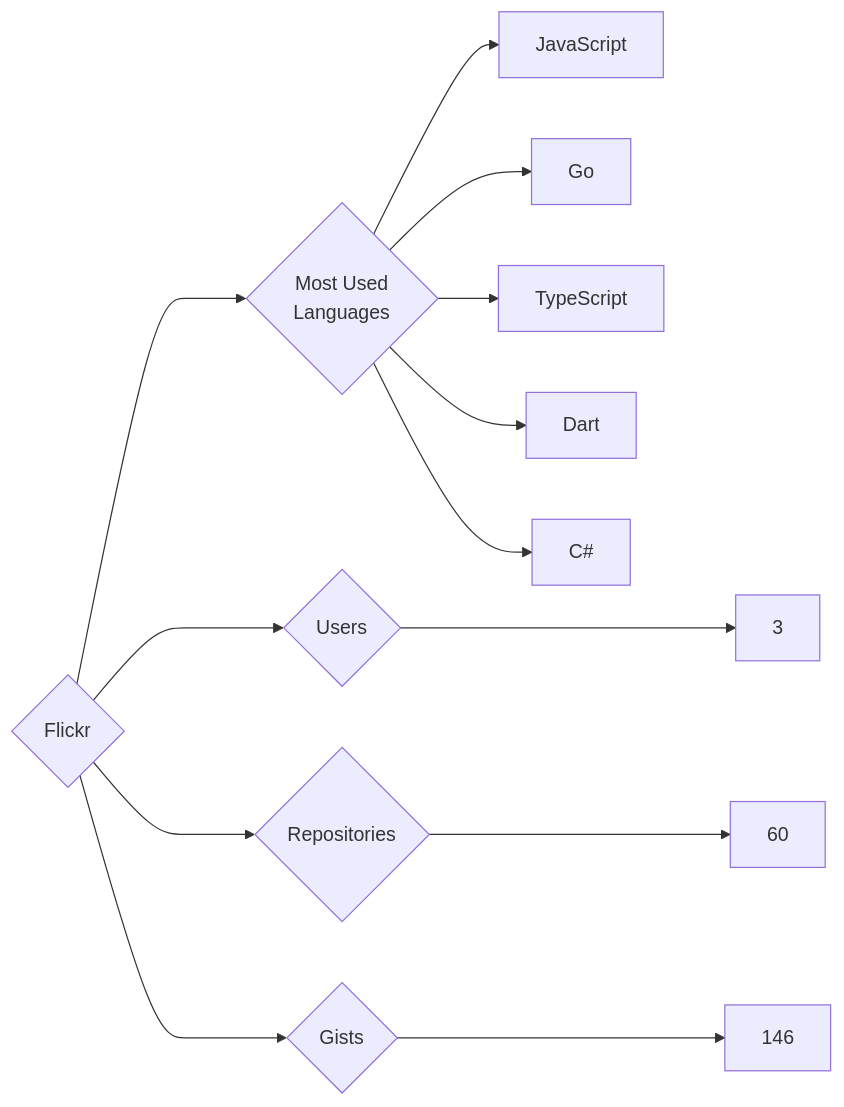
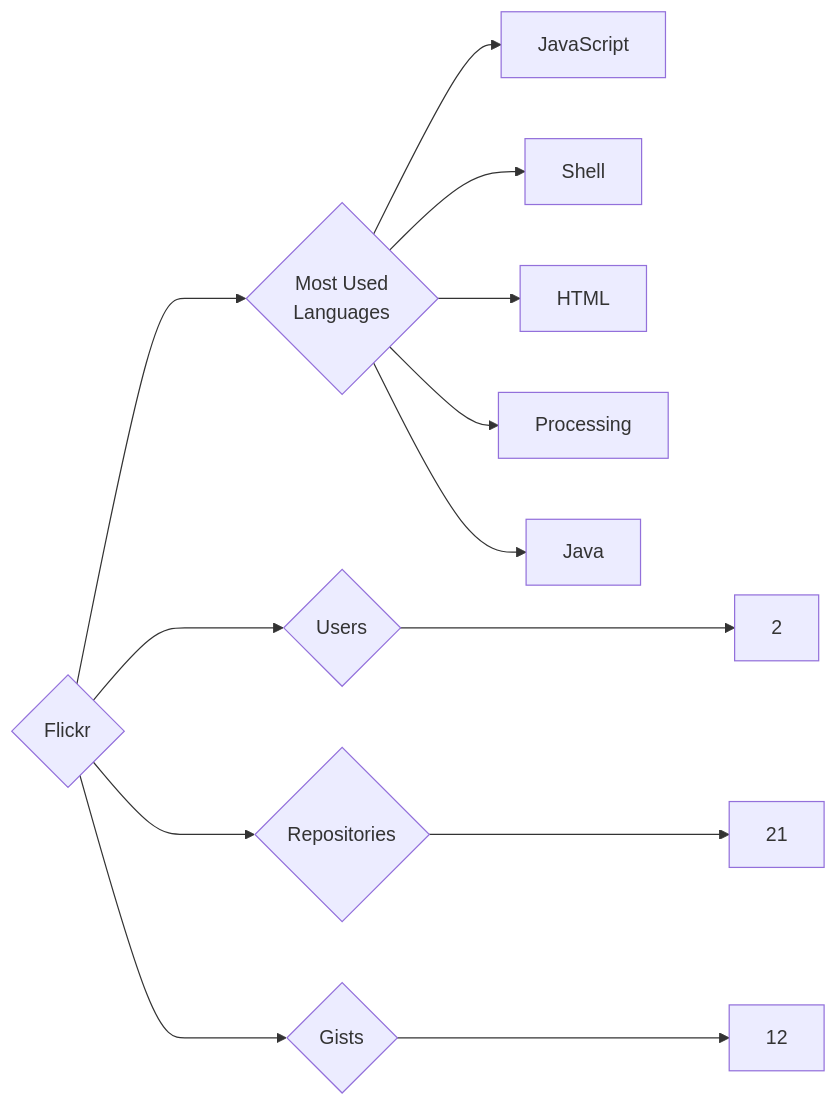
The diagram in targets/Flickr/README.md (trickest/insiders), drawn with Mermaid before and after one commit. The commit also changed 942 other files, not shown here.

````diff
--- a/targets/Flickr/README.md
+++ b/targets/Flickr/README.md
@@ -3,13 +3,13 @@
 ```mermaid
 graph LR
 COMPANY_NAME{Flickr}
-COMPANY_NAME ---> U{Users} ---> UN[3]
-COMPANY_NAME ---> R{Repositories} ---> RN[60]
-COMPANY_NAME ---> G{Gists} ---> GN[146]
+COMPANY_NAME ---> U{Users} ---> UN[2]
+COMPANY_NAME ---> R{Repositories} ---> RN[21]
+COMPANY_NAME ---> G{Gists} ---> GN[12]
 COMPANY_NAME ---> ML{Most Used<br>Languages}
 ML --> JavaScript[JavaScript]
-ML --> Go[Go]
-ML --> TypeScript[TypeScript]
-ML --> Dart[Dart]
-ML --> C#[C#]
+ML --> Shell[Shell]
+ML --> HTML[HTML]
+ML --> Processing[Processing]
+ML --> Java[Java]
 ```
````
